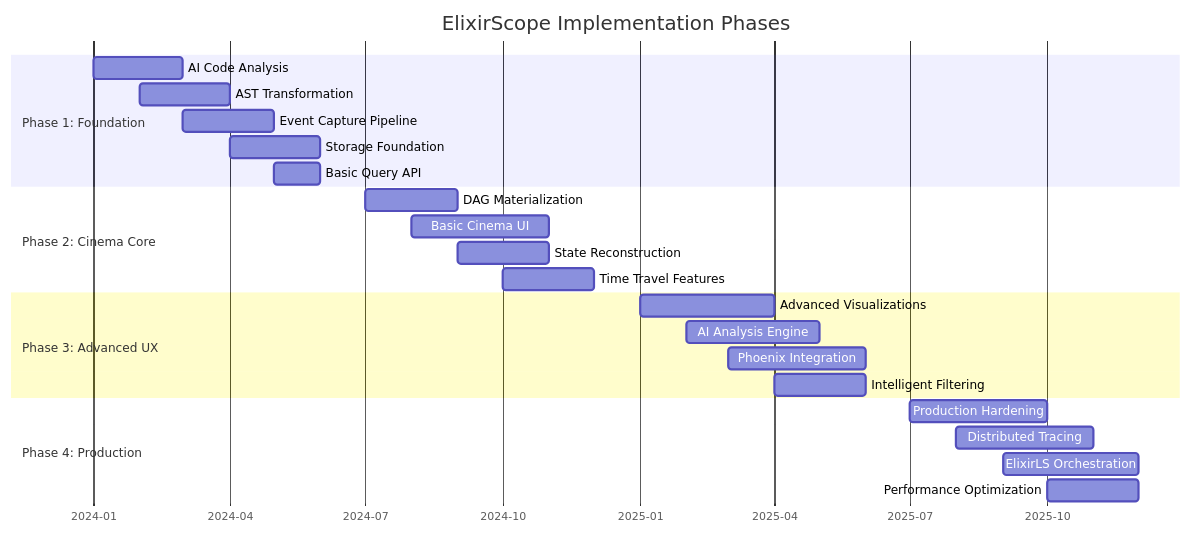
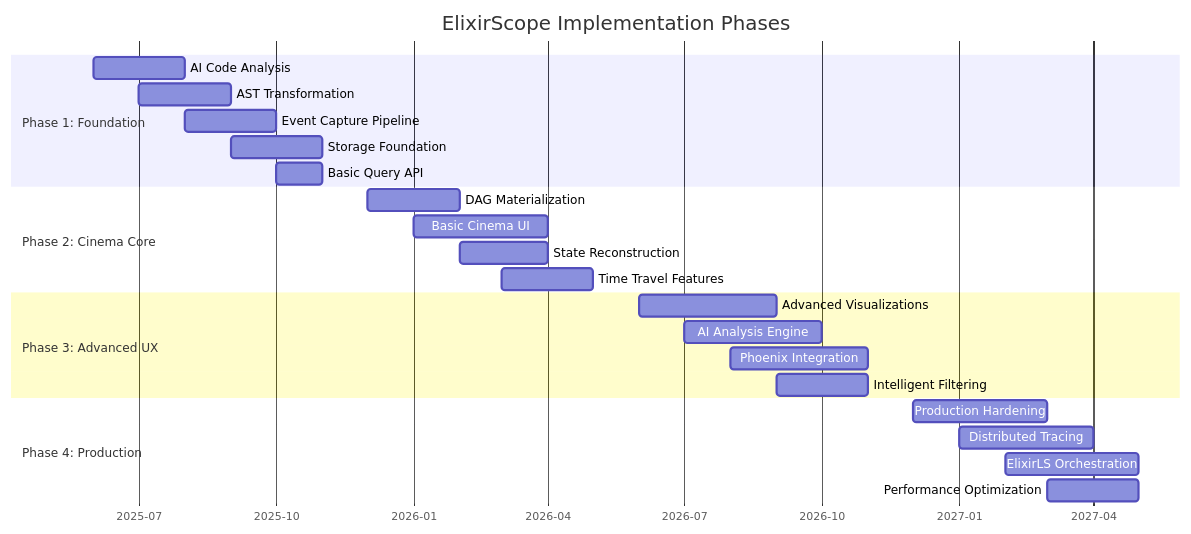
The eighth of 8 diagrams in DIAGS.md (nshkrdotcom/ElixirScope), drawn with Mermaid before and after one commit. The commit also changed 4 other files, not shown here.

Commit message:
fix timeline

````diff
--- a/DIAGS.md
+++ b/DIAGS.md
@@ -575,31 +575,31 @@
 ```mermaid
 gantt
     title ElixirScope Implementation Phases
     dateFormat YYYY-MM
     axisFormat %Y-%m
 
     section Phase 1: Foundation
-    AI Code Analysis        :p1-ai, 2024-01, 2024-03
-    AST Transformation      :p1-ast, 2024-02, 2024-04
-    Event Capture Pipeline  :p1-cap, 2024-03, 2024-05
-    Storage Foundation      :p1-stor, 2024-04, 2024-06
-    Basic Query API         :p1-api, 2024-05, 2024-06
+    AI Code Analysis          :p1-ai, 2025-06, 2025-08
+    AST Transformation        :p1-ast, 2025-07, 2025-09
+    Event Capture Pipeline    :p1-cap, 2025-08, 2025-10
+    Storage Foundation        :p1-stor, 2025-09, 2025-11
+    Basic Query API           :p1-api, 2025-10, 2025-11
 
     section Phase 2: Cinema Core
-    DAG Materialization     :p2-dag, 2024-07, 2024-09
-    Basic Cinema UI         :p2-ui, 2024-08, 2024-11
-    State Reconstruction    :p2-state, 2024-09, 2024-11
-    Time Travel Features    :p2-time, 2024-10, 2024-12
+    DAG Materialization       :p2-dag, 2025-12, 2026-02
+    Basic Cinema UI           :p2-ui, 2026-01, 2026-04
+    State Reconstruction      :p2-state, 2026-02, 2026-04
+    Time Travel Features      :p2-time, 2026-03, 2026-05
 
     section Phase 3: Advanced UX
-    Advanced Visualizations :p3-viz, 2025-01, 2025-04
-    AI Analysis Engine      :p3-ai, 2025-02, 2025-05
-    Phoenix Integration     :p3-phx, 2025-03, 2025-06
-    Intelligent Filtering   :p3-filter, 2025-04, 2025-06
+    Advanced Visualizations :p3-viz, 2026-06, 2026-09
+    AI Analysis Engine      :p3-ai, 2026-07, 2026-10
+    Phoenix Integration     :p3-phx, 2026-08, 2026-11
+    Intelligent Filtering   :p3-filter, 2026-09, 2026-11
 
     section Phase 4: Production
-    Production Hardening    :p4-prod, 2025-07, 2025-10
-    Distributed Tracing     :p4-dist, 2025-08, 2025-11
-    ElixirLS Orchestration  :p4-els, 2025-09, 2025-12
-    Performance Optimization:p4-perf, 2025-10, 2025-12
+    Production Hardening    :p4-prod, 2026-12, 2027-03
+    Distributed Tracing     :p4-dist, 2027-01, 2027-04
+    ElixirLS Orchestration  :p4-els, 2027-02, 2027-05
+    Performance Optimization:p4-perf, 2027-03, 2027-05
 ```
````
